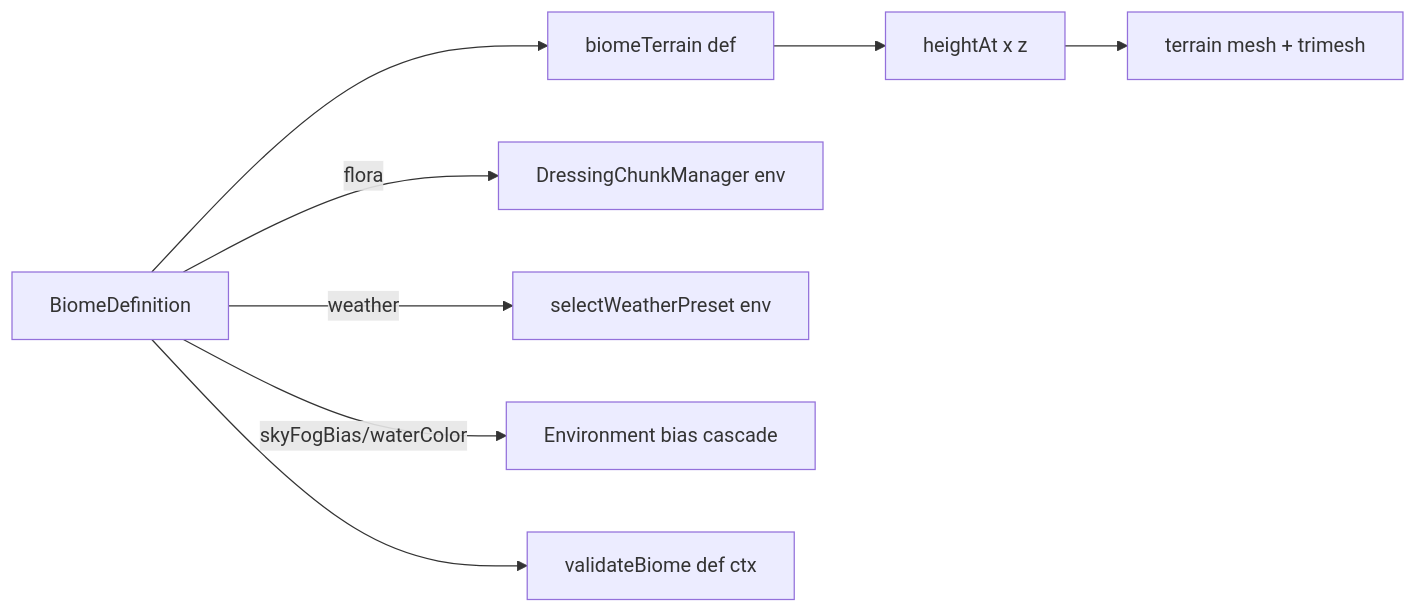
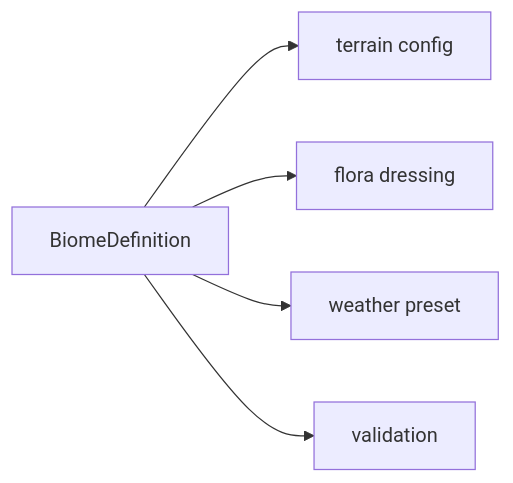
One commit to jjgroenendijk/cart-game changed the first of 2 diagrams in src/terrain/AGENTS.md. Above: the diagram before and after it, drawn with Mermaid. The commit also changed other lines of this file and 74 other files, not shown here.

First line of the commit message:
feat(docs): add OKF v0.1 knowledge wiki for architecture (#84)

````diff
--- a/src/terrain/AGENTS.md
+++ b/src/terrain/AGENTS.md
@@ -69,10 +69,7 @@
 ```mermaid
 flowchart LR
-  def[BiomeDefinition] --> terrain[biomeTerrain def]
-  terrain --> height[heightAt x z]
-  height --> mesh[terrain mesh + trimesh]
-  def -- flora --> dressing[DressingChunkManager env]
-  def -- weather --> pick[selectWeatherPreset env]
-  def -- skyFogBias/waterColor --> envb[Environment bias cascade]
-  def --> validate[validateBiome def ctx]
+  def[BiomeDefinition] --> terrain[terrain config]
+  def --> flora[flora dressing]
+  def --> weather[weather preset]
+  def --> validate[validation]
 ```
````
